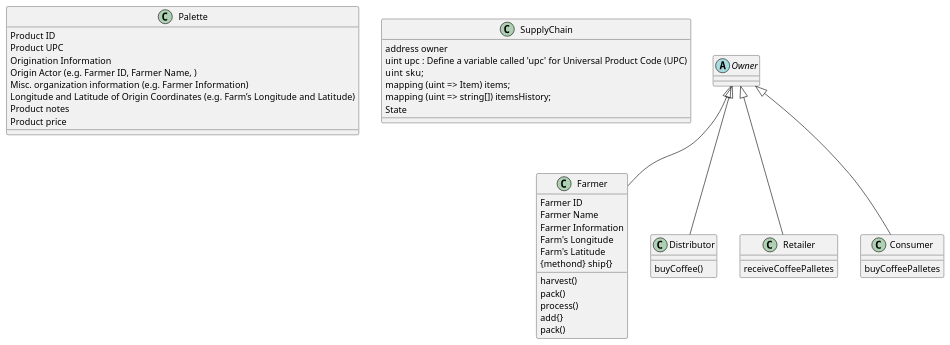
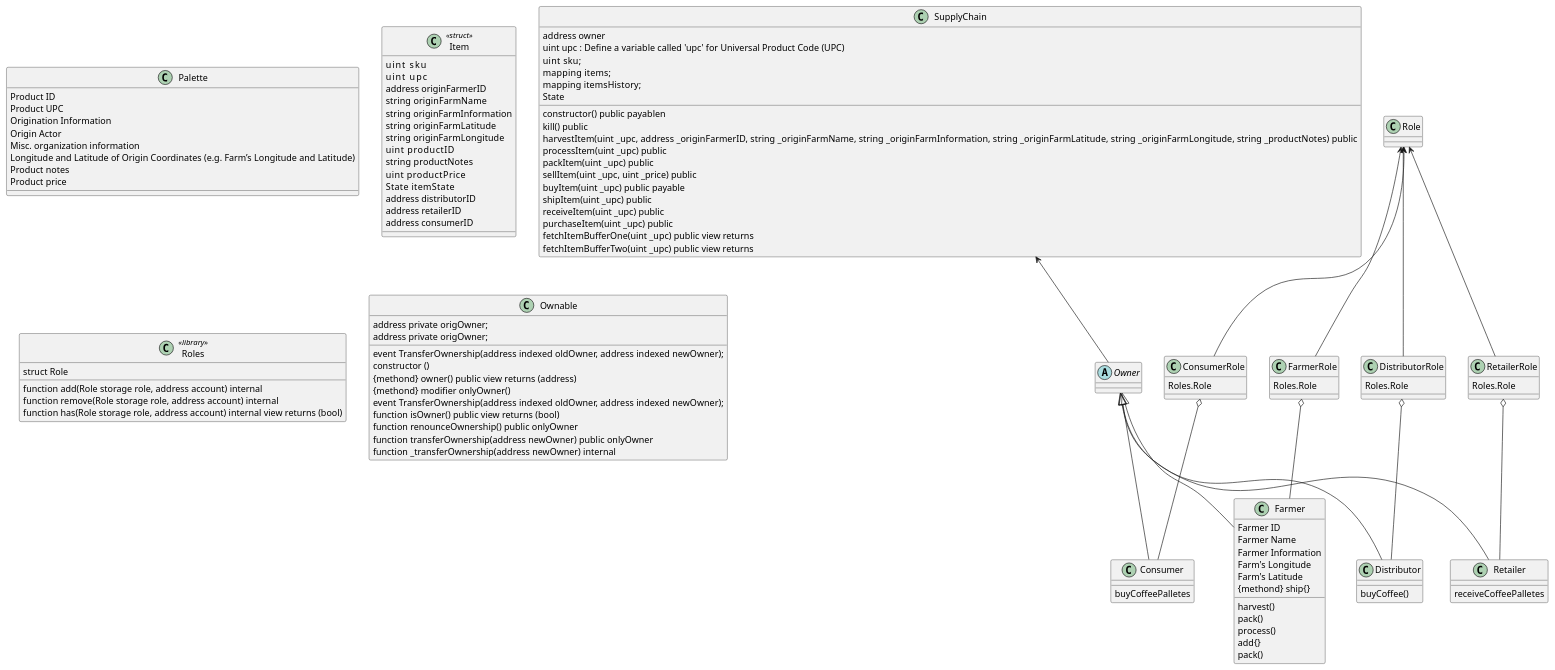
The fourth of 5 diagrams in projects/project_6_Supply_Chain/Report.md (HajimeK/BlockchainDevND), drawn with PlantUML before and after one commit. The commit also changed other lines of this file, not shown here.

Commit message:
Backup Report.md while defining a class diagram.

````diff
--- a/projects/project_6_Supply_Chain/Report.md
+++ b/projects/project_6_Supply_Chain/Report.md
@@ -98,23 +100,52 @@
 ```plantuml
+
+Class SupplyChain {
+    {field} address owner
+    {field} uint upc : Define a variable called 'upc' for Universal Product Code (UPC)
+    {field} uint  sku;
+    {field} mapping  items;
+    {field} mapping  itemsHistory;
+    {field} State
+    {method} constructor() public payablen
+    {method}kill() public
+    {method}harvestItem(uint _upc, address _originFarmerID, string _originFarmName, string _originFarmInformation, string  _originFarmLatitude, string  _originFarmLongitude, string  _productNotes) public
+    {method}processItem(uint _upc) public
+    {method}packItem(uint _upc) public
+    {method}sellItem(uint _upc, uint _price) public
+    {method}buyItem(uint _upc) public payable
+    {method}shipItem(uint _upc) public
+    {method}receiveItem(uint _upc) public
+    {method}purchaseItem(uint _upc) public
+    {method}fetchItemBufferOne(uint _upc) public view returns
+    {method}fetchItemBufferTwo(uint _upc) public view returns
+}
+
 Class Palette {
     {field}Product ID
     {field}Product UPC
     {field}Origination Information
-    {field}Origin Actor (e.g. Farmer ID, Farmer Name, )
-    {field}Misc. organization information (e.g. Farmer Information)
+    {field}Origin Actor 
+    {field}Misc. organization information
     {field}Longitude and Latitude of Origin Coordinates (e.g. Farm’s Longitude and Latitude)
     {field}Product notes
     {field}Product price
 }
 
-
-Class SupplyChain {
-    {field} address owner
-    {field} uint upc : Define a variable called 'upc' for Universal Product Code (UPC)
-    {field} uint  sku;
-    {field} mapping (uint => Item) items;
-    {field} mapping (uint => string[]) itemsHistory;
-    {field} State
+Class Item <<struct>> {
+    uint    sku
+    uint    upc
+    address originFarmerID
+    string  originFarmName
+    string  originFarmInformation
+    string  originFarmLatitude
+    string  originFarmLongitude
+    uint    productID
+    string  productNotes
+    uint    productPrice
+    State   itemState
+    address distributorID
+    address retailerID
+    address consumerID
 }
 
 Abstract Class Owner {
@@ -148,8 +179,53 @@
     {method} buyCoffeePalletes
 }
 
+SupplyChain <-down- Owner
 Owner <|-- Farmer
 Owner <|-- Distributor
 Owner <|-- Retailer
 Owner <|-- Consumer
+
+Class Roles <<library>> {
+  {field} struct Role
+  {method} function add(Role storage role, address account) internal
+  {method} function remove(Role storage role, address account) internal
+  {method} function has(Role storage role, address account) internal view returns (bool)
+}
+
+Class FarmerRole {
+    {field} Roles.Role
+}
+Class DistributorRole {
+    {field} Roles.Role
+}
+Class RetailerRole {
+    {field} Roles.Role
+}
+Class ConsumerRole {
+    {field} Roles.Role
+}
+
+Role <-- FarmerRole
+Role <-- DistributorRole
+Role <-- RetailerRole
+Role <-- ConsumerRole
+
+FarmerRole o-- Farmer
+DistributorRole o-- Distributor
+RetailerRole o-- Retailer
+ConsumerRole o-- Consumer
+
+Class Ownable {
+    {field}  address private origOwner;
+    {method} event TransferOwnership(address indexed oldOwner, address indexed newOwner);
+    {method} constructor ()
+    {methond} owner() public view returns (address)
+    {methond} modifier onlyOwner()
+    {field}address private origOwner;
+    {method} event TransferOwnership(address indexed oldOwner, address indexed newOwner);
+    {method} function isOwner() public view returns (bool)
+    {method} function renounceOwnership() public onlyOwner 
+    {method} function transferOwnership(address newOwner) public onlyOwner
+    {method} function _transferOwnership(address newOwner) internal
+}
 ```
````
